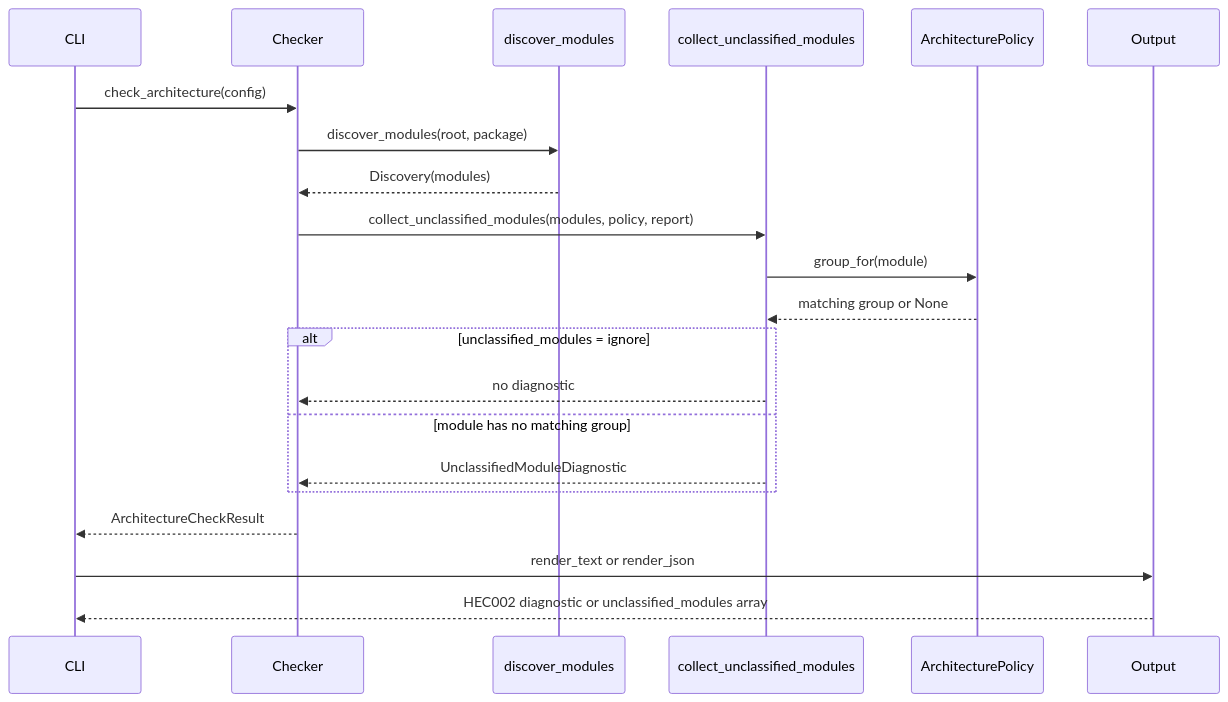
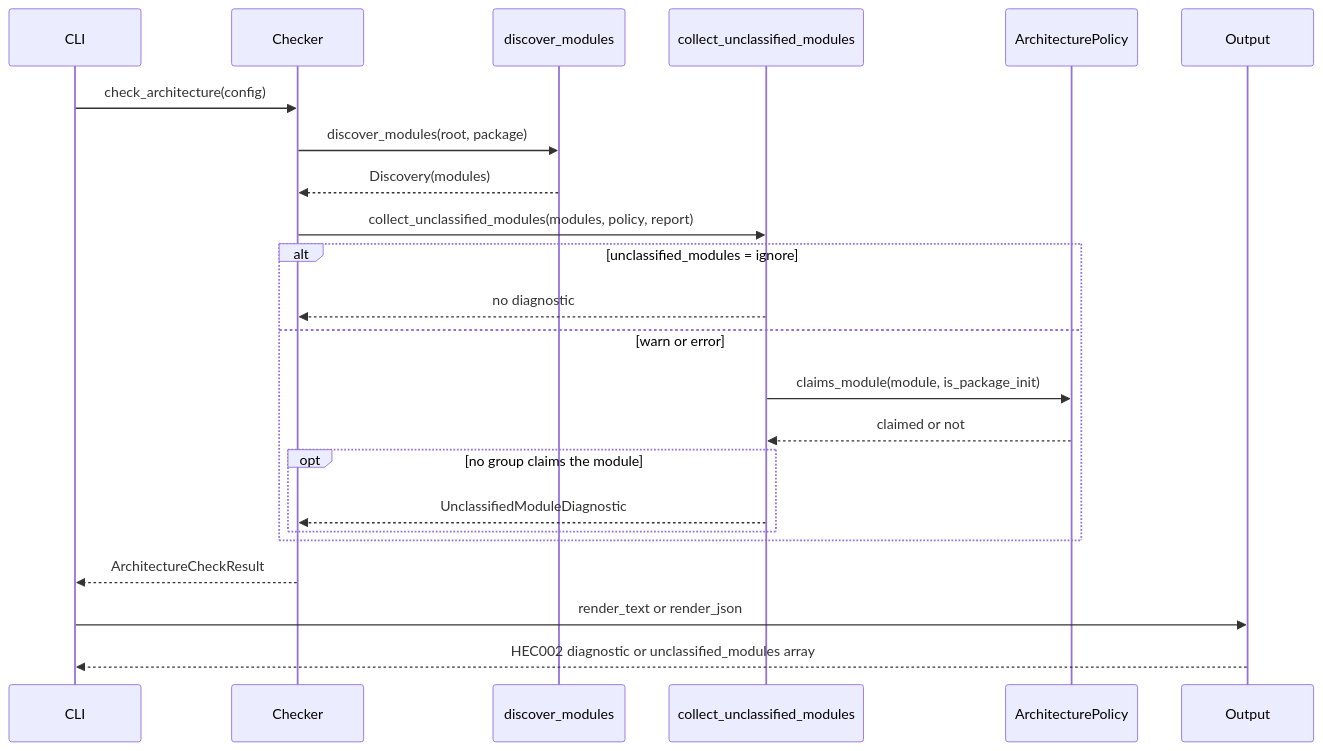
One commit to leynos/hecate changed the diagram in docs/developers-guide.md. Above: the diagram before and after it, drawn with Mermaid. The commit also changed other lines of this file and 21 other files, not shown here.

````diff
--- a/docs/developers-guide.md
+++ b/docs/developers-guide.md
@@ -117,24 +149,26 @@
 ```mermaid
 sequenceDiagram
     participant CLI
     participant Checker
     participant Discovery as discover_modules
     participant Coverage as collect_unclassified_modules
     participant Policy as ArchitecturePolicy
     participant Output
 
     CLI->>Checker: check_architecture(config)
     Checker->>Discovery: discover_modules(root, package)
     Discovery-->>Checker: Discovery(modules)
     Checker->>Coverage: collect_unclassified_modules(modules, policy, report)
-    Coverage->>Policy: group_for(module)
-    Policy-->>Coverage: matching group or None
     alt unclassified_modules = ignore
         Coverage-->>Checker: no diagnostic
-    else module has no matching group
-        Coverage-->>Checker: UnclassifiedModuleDiagnostic
+    else warn or error
+        Coverage->>Policy: claims_module(module, is_package_init)
+        Policy-->>Coverage: claimed or not
+        opt no group claims the module
+            Coverage-->>Checker: UnclassifiedModuleDiagnostic
+        end
     end
     Checker-->>CLI: ArchitectureCheckResult
     CLI->>Output: render_text or render_json
     Output-->>CLI: HEC002 diagnostic or unclassified_modules array
 ```
````
